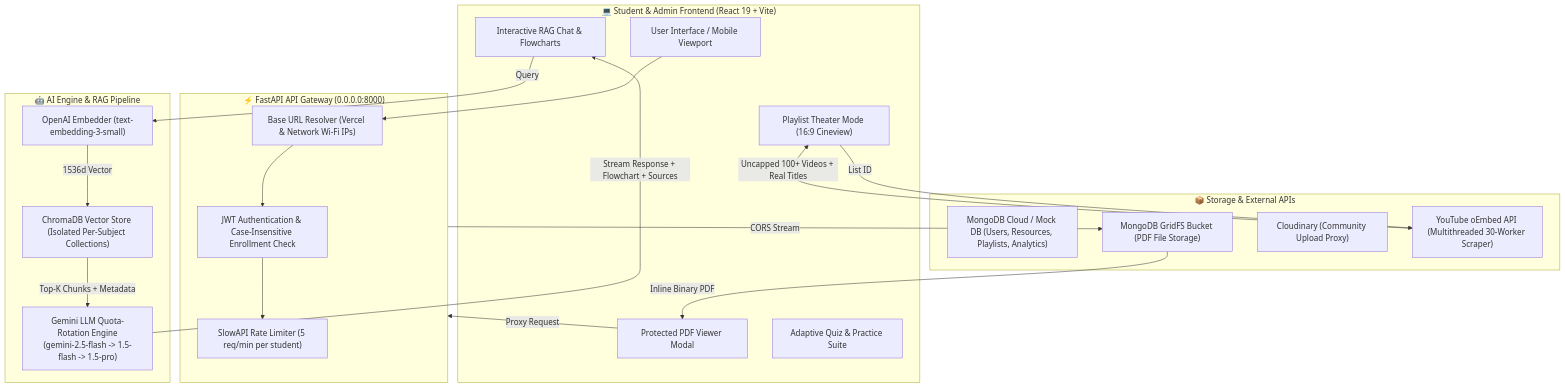
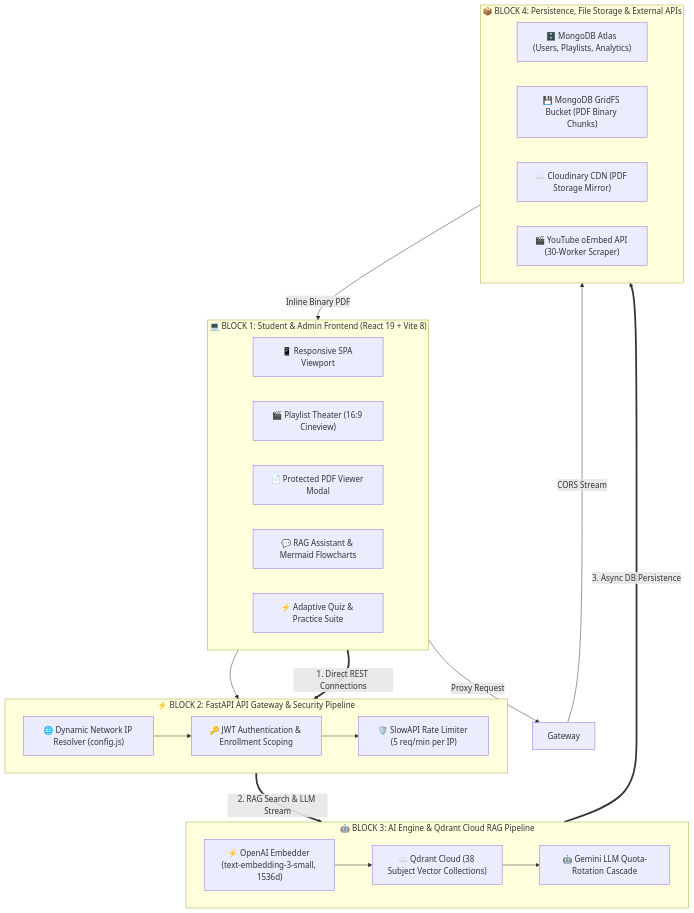
The diagram in README.md (Insane20101/EduMind), drawn with Mermaid before and after one commit.

Commit message:
docs: update system architecture diagram in README.md

````diff
--- a/README.md
+++ b/README.md
@@ -26,45 +26,64 @@
 ```mermaid
-flowchart TD
-    subgraph Client ["💻 Student & Admin Frontend (React 19 + Vite)"]
-        UI["User Interface / Mobile Viewport"]
-        Theater["Playlist Theater Mode (16:9 Cineview)"]
-        PdfViewer["Protected PDF Viewer Modal"]
-        ChatUI["Interactive RAG Chat & Flowcharts"]
-        QuizUI["Adaptive Quiz & Practice Suite"]
+flowchart TB
+    %% ==========================================
+    %% BLOCK 1: CLIENT FRONTEND LAYER
+    %% ==========================================
+    subgraph Block1 ["💻 BLOCK 1: Student & Admin Frontend (React 19 + Vite 8)"]
+        direction LR
+        UI["📱 Responsive SPA Viewport"]
+        Theater["🎬 Playlist Theater (16:9 Cineview)"]
+        PdfViewer["📄 Protected PDF Viewer Modal"]
+        ChatUI["💬 RAG Assistant & Mermaid Flowcharts"]
+        QuizUI["⚡ Adaptive Quiz & Practice Suite"]
     end
 
-    subgraph Gateway ["⚡ FastAPI API Gateway (0.0.0.0:8000)"]
-        BaseResolver["Base URL Resolver (Vercel & Network Wi-Fi IPs)"]
-        AuthMiddleware["JWT Authentication & Case-Insensitive Enrollment Check"]
-        RateLimiter["SlowAPI Rate Limiter (5 req/min per student)"]
+    %% ==========================================
+    %% BLOCK 2: FASTAPI MIDDLEWARE GATEWAY
+    %% ==========================================
+    subgraph Block2 ["⚡ BLOCK 2: FastAPI API Gateway & Security Pipeline"]
+        direction LR
+        BaseResolver["🌐 Dynamic Network IP Resolver (config.js)"]
+        AuthMiddleware["🔑 JWT Authentication & Enrollment Scoping"]
+        RateLimiter["🛡️ SlowAPI Rate Limiter (5 req/min per IP)"]
+        
+        BaseResolver --> AuthMiddleware --> RateLimiter
     end
 
-    subgraph AI_Engine ["🤖 AI Engine & RAG Pipeline"]
-        Embedder["OpenAI Embedder (text-embedding-3-small)"]
-        ChromaStore["ChromaDB Vector Store (Isolated Per-Subject Collections)"]
-        LLMCascade["Gemini LLM Quota-Rotation Engine\n(gemini-2.5-flash -> 1.5-flash -> 1.5-pro)"]
+    %% ==========================================
+    %% BLOCK 3: AI ENGINE & VECTOR SEARCH
+    %% ==========================================
+    subgraph Block3 ["🤖 BLOCK 3: AI Engine & Qdrant Cloud RAG Pipeline"]
+        direction LR
+        Embedder["⚡ OpenAI Embedder (text-embedding-3-small, 1536d)"]
+        QdrantStore["☁️ Qdrant Cloud (38 Subject Vector Collections)"]
+        LLMCascade["🤖 Gemini LLM Quota-Rotation Cascade"]
+        
+        Embedder --> QdrantStore --> LLMCascade
     end
 
-    subgraph Data_Storage ["📦 Storage & External APIs"]
-        MongoDB["MongoDB Cloud / Mock DB (Users, Resources, Playlists, Analytics)"]
-        GridFS["MongoDB GridFS Bucket (PDF File Storage)"]
-        Cloudinary["Cloudinary (Community Upload Proxy)"]
-        YToEmbed["YouTube oEmbed API (Multithreaded 30-Worker Scraper)"]
+    %% ==========================================
+    %% BLOCK 4: PERSISTENCE & STORAGE
+    %% ==========================================
+    subgraph Block4 ["📦 BLOCK 4: Persistence, File Storage & External APIs"]
+        direction LR
+        MongoDB["🗄️ MongoDB Atlas (Users, Playlists, Analytics)"]
+        GridFS["💾 MongoDB GridFS Bucket (PDF Binary Chunks)"]
+        Cloudinary["☁️ Cloudinary CDN (PDF Storage Mirror)"]
+        YToEmbed["🎬 YouTube oEmbed API (30-Worker Scraper)"]
     end
 
+    %% ==========================================
+    %% VERTICAL STACK CONNECTIVITY
+    %% ==========================================
+    Block1 ==>|1. Direct REST Connections| Block2
+    Block2 ==>|2. RAG Search & LLM Stream| Block3
+    Block3 ==>|3. Async DB Persistence| Block4
+
+    %% ==========================================
+    %% DETAILED FLOW CONNECTIONS
+    %% ==========================================
     UI --> BaseResolver
-    BaseResolver --> AuthMiddleware
-    AuthMiddleware --> RateLimiter
-
-    ChatUI -->|Query| Embedder
-    Embedder -->|1536d Vector| ChromaStore
-    ChromaStore -->|Top-K Chunks + Metadata| LLMCascade
-    LLMCascade -->|Stream Response + Flowchart + Sources| ChatUI
-
-    Theater -->|List ID| YToEmbed
-    YToEmbed -->|Uncapped 100+ Videos + Real Titles| Theater
-
     PdfViewer -->|Proxy Request| Gateway
     Gateway -->|CORS Stream| GridFS
     GridFS -->|Inline Binary PDF| PdfViewer
 ```
````
